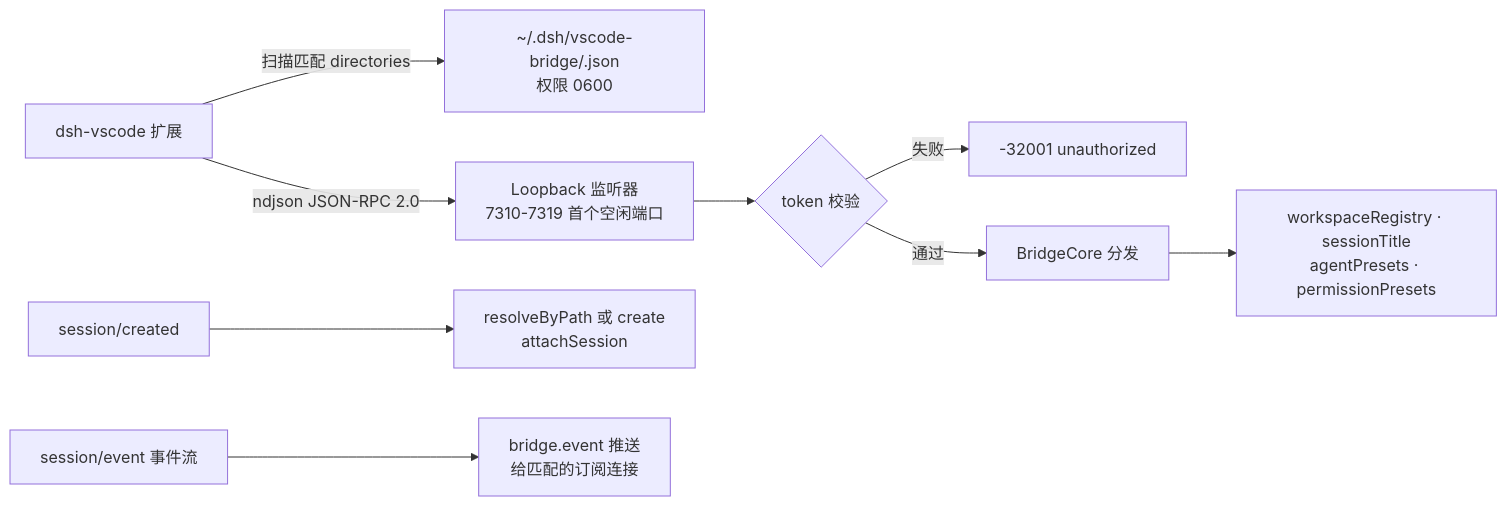
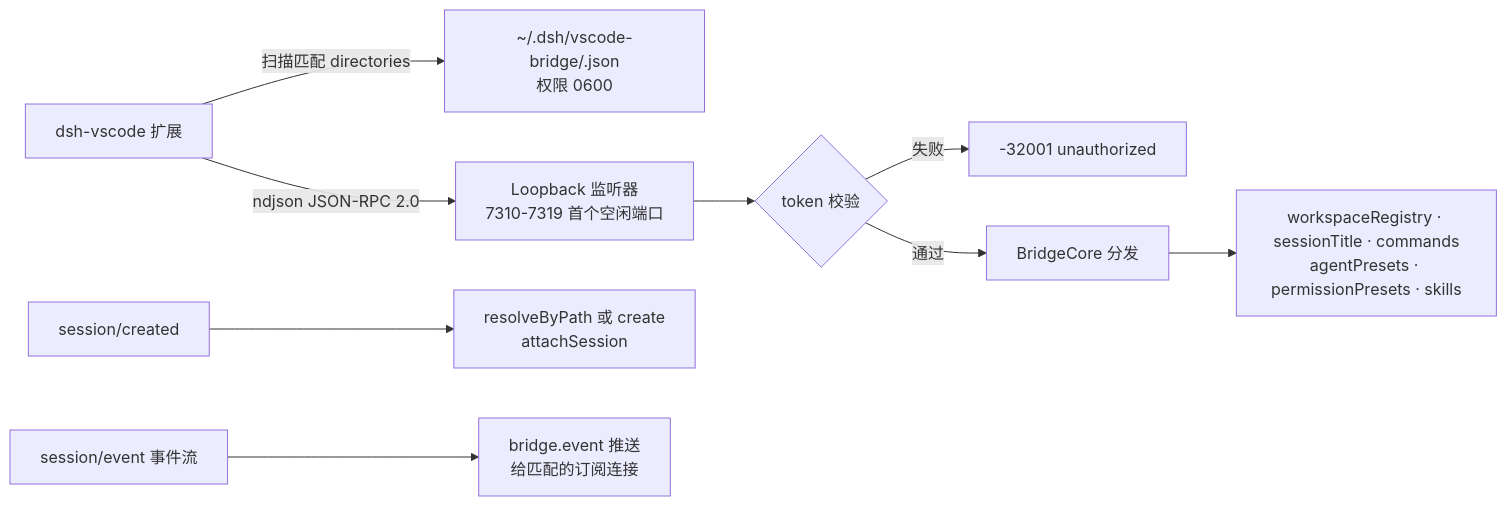
One commit to EPCN-fla/dsh-vscode-bridge changed the diagram in README.md. Above: the diagram before and after it, drawn with Mermaid. The commit also changed other lines of this file and 1 other file, not shown here.

First line of the commit message:
docs: document the command, skill, and session-export channels

````diff
--- a/README.md
+++ b/README.md
@@ -27,11 +30,11 @@
 ```mermaid
 flowchart LR
     Ext[dsh-vscode 扩展] -->|扫描匹配 directories| Disc[~/.dsh/vscode-bridge/<pid>.json<br/>权限 0600]
     Ext -->|ndjson JSON-RPC 2.0| Tcp[Loopback 监听器<br/>7310-7319 首个空闲端口]
     Tcp --> Auth{token 校验}
     Auth -->|失败| Reject[-32001 unauthorized]
     Auth -->|通过| Core[BridgeCore 分发]
-    Core --> Svc[workspaceRegistry · sessionTitle<br/>agentPresets · permissionPresets]
+    Core --> Svc[workspaceRegistry · sessionTitle · commands<br/>agentPresets · permissionPresets · skills]
     Created[session/created] --> Attach[resolveByPath 或 create<br/>attachSession]
     Fire[session/event 事件流] --> Push[bridge.event 推送<br/>给匹配的订阅连接]
 ```
````
